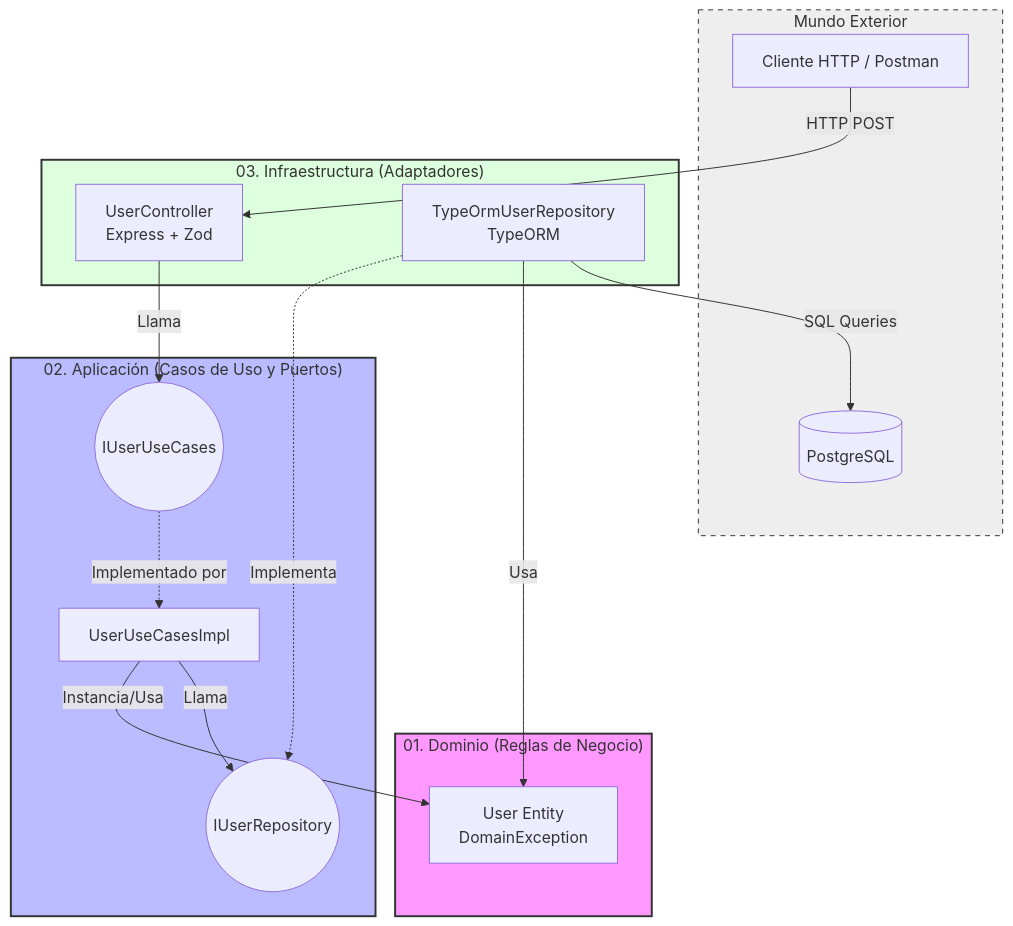
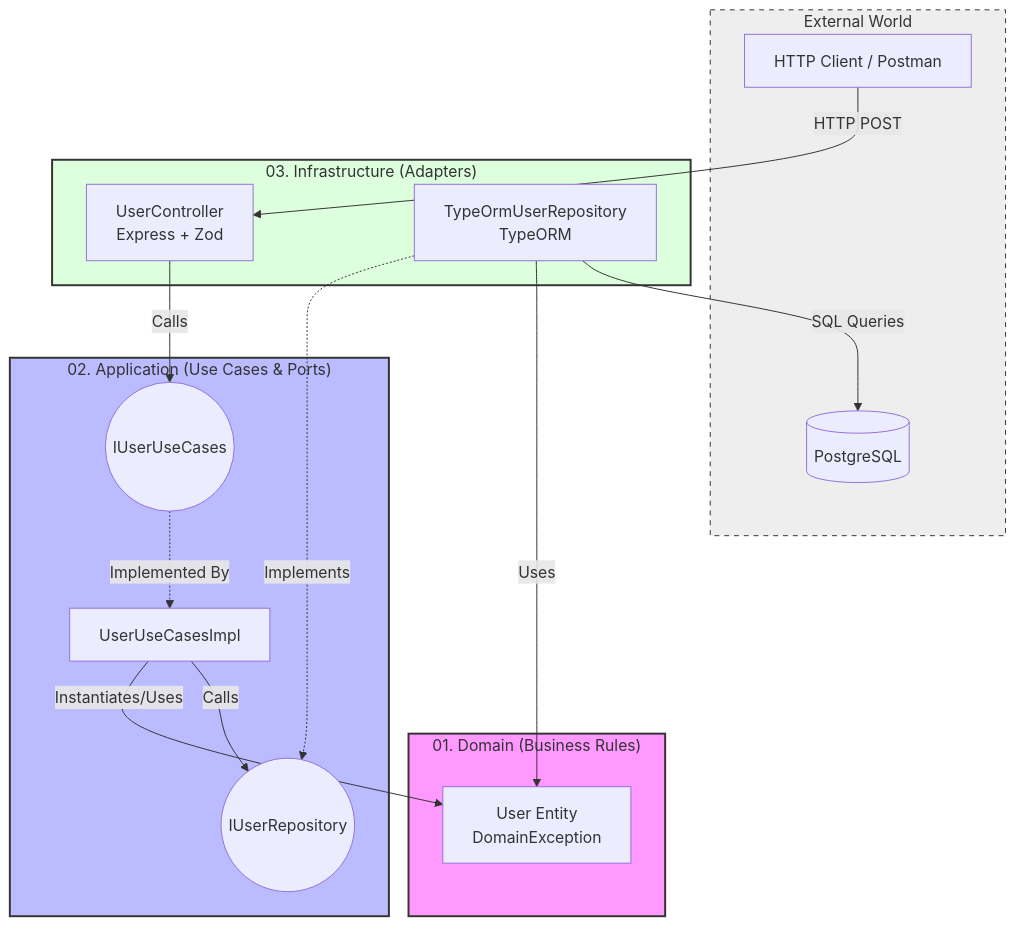
The diagram in README.md (MNATorres/hexagonal-architecture-node-study), drawn with Mermaid before and after one commit. The commit also changed other lines of this file and 1 other file, not shown here.

````diff
--- a/README.md
+++ b/README.md
@@ -22,48 +35,42 @@
 ```mermaid
 graph TD
-    %% Define Styles
     classDef domain fill:#f9f,stroke:#333,stroke-width:2px;
     classDef application fill:#bbf,stroke:#333,stroke-width:2px;
     classDef infrastructure fill:#dfd,stroke:#333,stroke-width:2px;
     classDef external fill:#eee,stroke:#333,stroke-width:1px,stroke-dasharray: 5 5;
 
-    %% External World
-    subgraph External_World ["Mundo Exterior"]
-        Client[Cliente HTTP / Postman]
+    subgraph External_World ["External World"]
+        Client[HTTP Client / Postman]
         DB[(PostgreSQL)]
     end
     class External_World external
 
-    %% Infrastructure Layer
-    subgraph Infrastructure ["03. Infraestructura (Adaptadores)"]
+    subgraph Infrastructure ["03. Infrastructure (Adapters)"]
         InAdapter[UserController <br/> Express + Zod]
         OutAdapter[TypeOrmUserRepository <br/> TypeORM]
     end
     class Infrastructure infrastructure
 
-    %% Application Layer
-    subgraph Application ["02. Aplicación (Casos de Uso y Puertos)"]
+    subgraph Application ["02. Application (Use Cases & Ports)"]
         InPort((IUserUseCases))
         UseCase[UserUseCasesImpl]
         OutPort((IUserRepository))
     end
     class Application application
 
-    %% Domain Layer
-    subgraph Domain ["01. Dominio (Reglas de Negocio)"]
+    subgraph Domain ["01. Domain (Business Rules)"]
         Entity[User Entity <br/> DomainException]
     end
     class Domain domain
 
-    %% Flow of Control and Dependencies
     Client -->|HTTP POST| InAdapter
-    InAdapter -->|Llama| InPort
-    InPort -.->|Implementado por| UseCase
+    InAdapter -->|Calls| InPort
+    InPort -.->|Implemented By| UseCase
     
-    UseCase -->|Instancia/Usa| Entity
-    UseCase -->|Llama| OutPort
+    UseCase -->|Instantiates/Uses| Entity
+    UseCase -->|Calls| OutPort
     
-    OutAdapter -.->|Implementa| OutPort
-    OutAdapter -->|Usa| Entity
+    OutAdapter -.->|Implements| OutPort
+    OutAdapter -->|Uses| Entity
     OutAdapter -->|SQL Queries| DB
 ```
````
